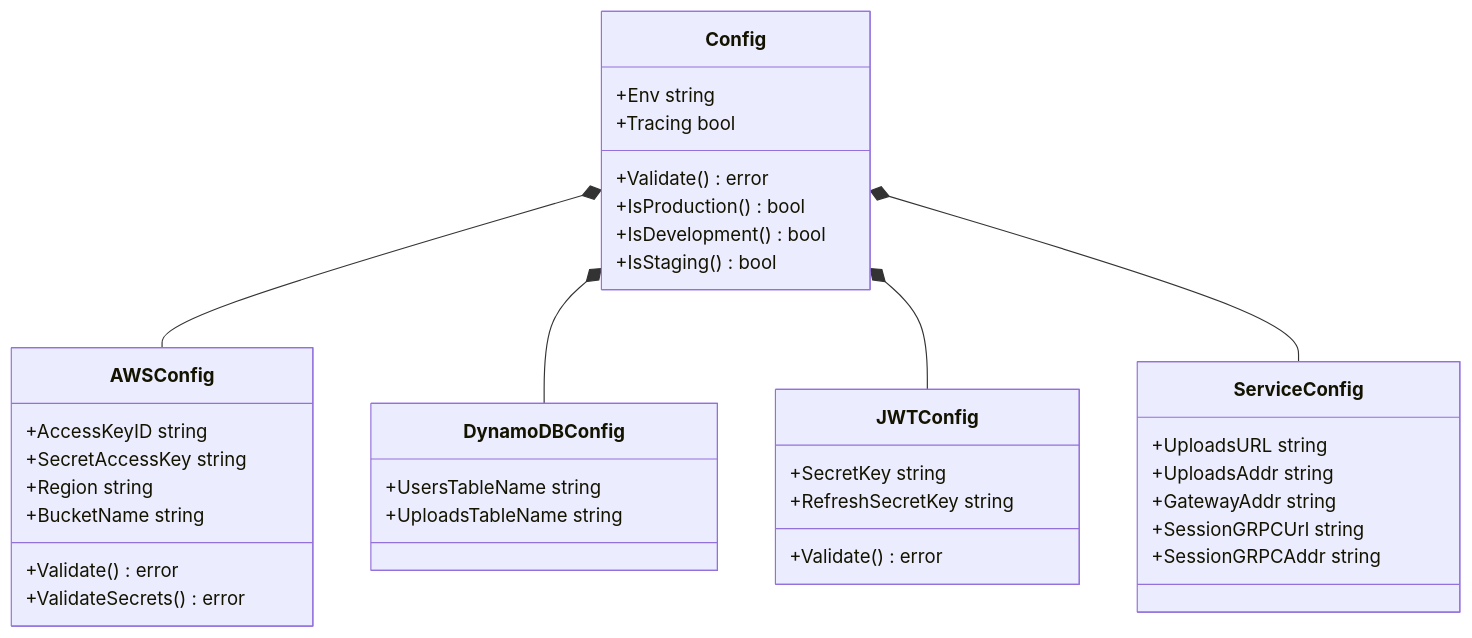
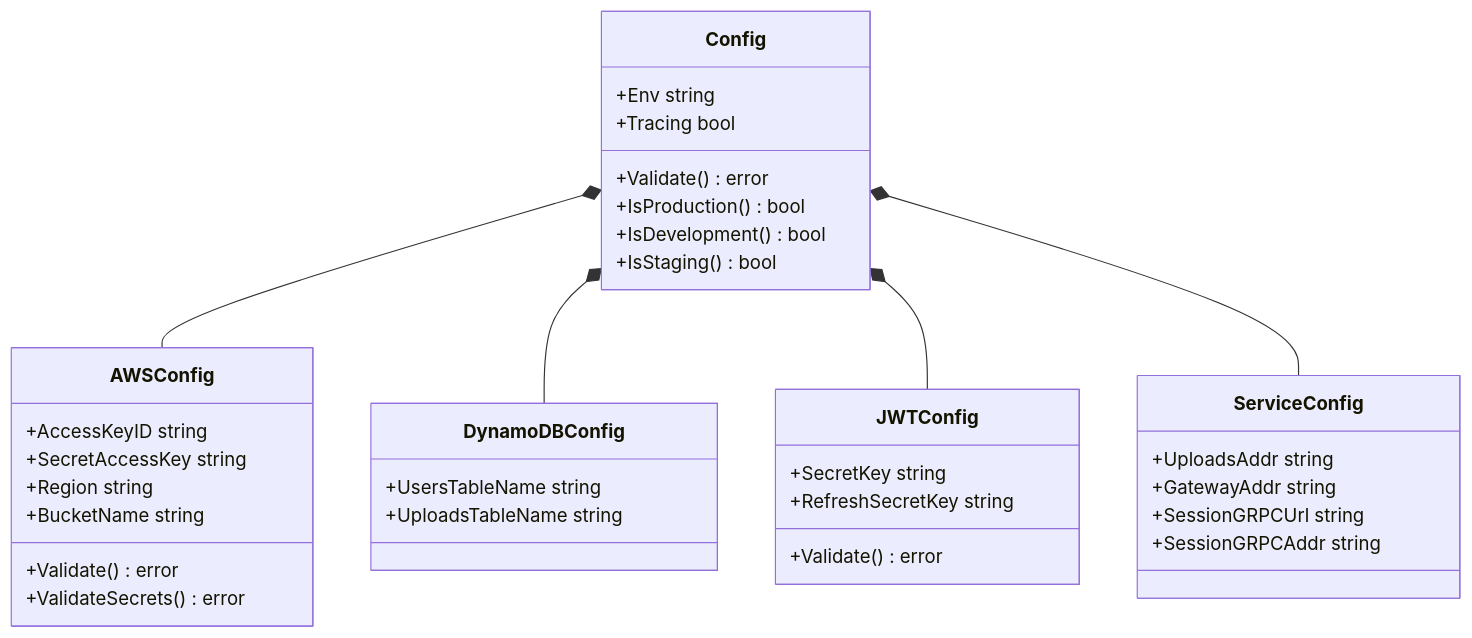
Before and after one commit to Yulian302/lfusys-infra: the diagram in design/uml/config.md, drawn with Mermaid. The commit also changed 28 other files, not shown here.

````diff
--- a/design/uml/config.md
+++ b/design/uml/config.md
@@ -2,46 +2,45 @@
 ```mermaid
 classDiagram
 direction TB
 
     class AWSConfig{
         +AccessKeyID string
         +SecretAccessKey string
         +Region string
         +BucketName string
         +Validate() error
         +ValidateSecrets() error
     }
 
     class ServiceConfig{
-        +UploadsURL string
         +UploadsAddr string
         +GatewayAddr string
         +SessionGRPCUrl string
         +SessionGRPCAddr string
     }
 
     class DynamoDBConfig{
         +UsersTableName string
         +UploadsTableName string
     }
 
     class JWTConfig{
         +SecretKey string
         +RefreshSecretKey string
         +Validate() error
     }
 
     class Config {
         +Env string
         +Tracing bool
         +Validate() error
         +IsProduction() bool
         +IsDevelopment() bool
         +IsStaging() bool
     }
 
     Config *-- AWSConfig
     Config *-- DynamoDBConfig
     Config *-- JWTConfig
     Config *-- ServiceConfig
 ```
````
